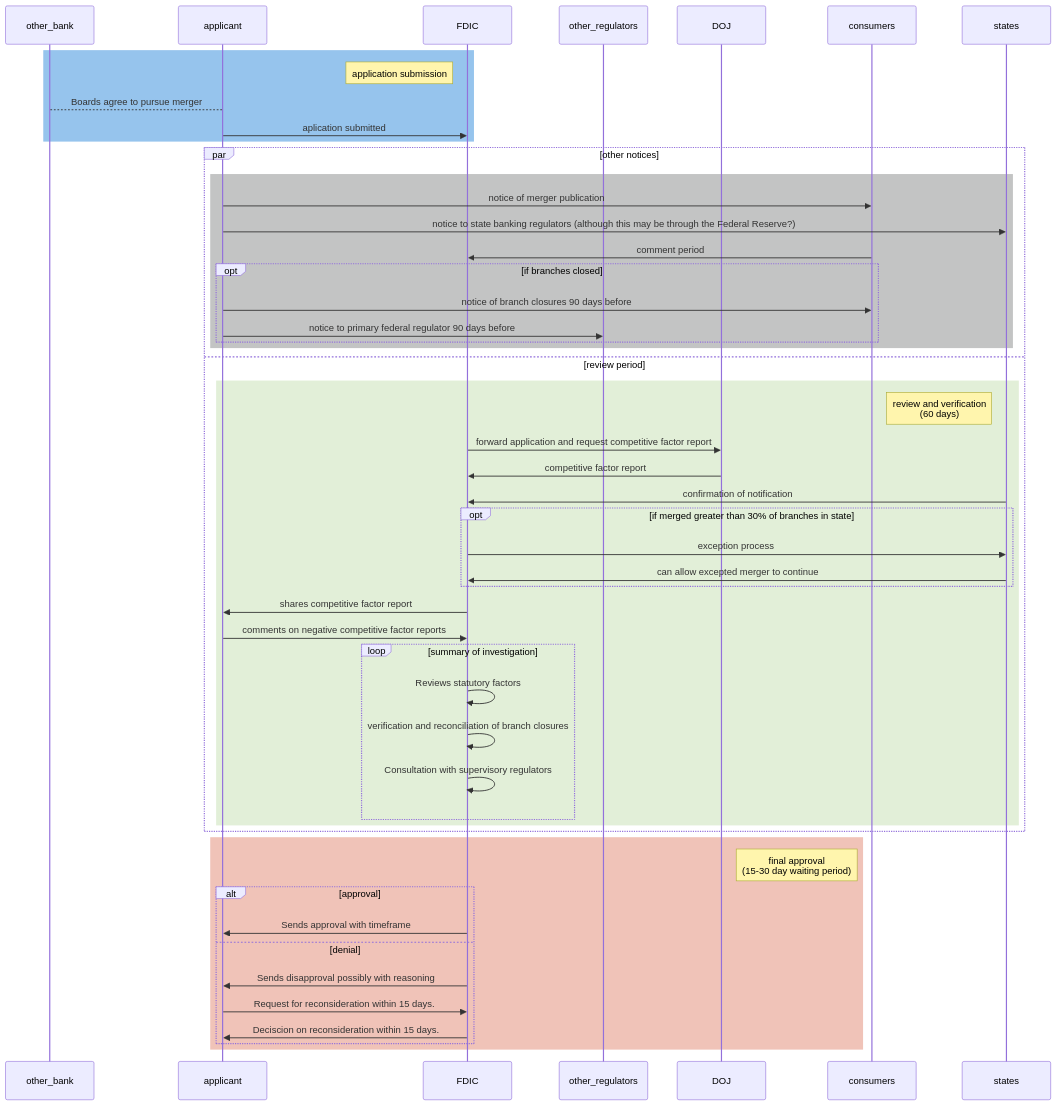
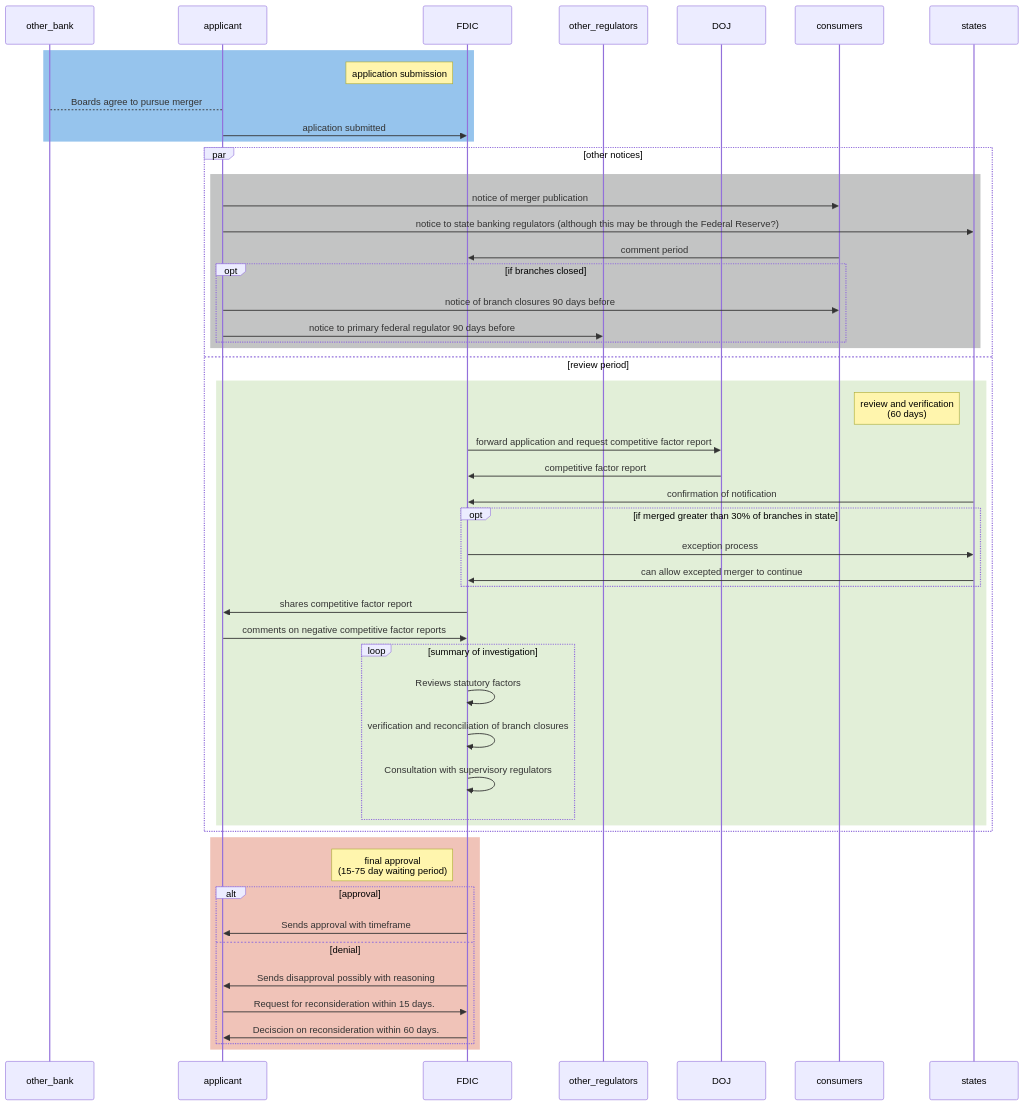
The diagram in diagram.qmd (lmkirvan/merger_diagram), drawn with Mermaid before and after one commit. The commit also changed 4 other files, not shown here.

````diff
--- a/diagram.qmd
+++ b/diagram.qmd
@@ -11,60 +11,60 @@
 ```{mermaid}
 
 sequenceDiagram
   participant other_bank
   participant applicant
   participant FDIC
   participant other_regulators
   participant DOJ
   participant consumers
 
   rect rgb(150, 196, 237)
   Note left of FDIC: application submission
   other_bank-->applicant: Boards agree to pursue merger
   applicant->>FDIC: aplication submitted
 
   end
   
   par other notices 
     rect rgb(195, 196, 196)
     applicant->>consumers: notice of merger publication
     applicant->>states: notice to state banking regulators (although this may be through the Federal Reserve?)
     consumers->>FDIC: comment period
     opt if branches closed 
       applicant->>consumers: notice of branch closures 90 days before
       applicant->>other_regulators: notice to primary federal regulator 90 days before
     end
     end
 
   and review period
     rect rgb(	226, 239, 216)
     Note right of consumers: review and verification <br> (60 days) 
     FDIC->>DOJ: forward application and request competitive factor report
     DOJ->>FDIC: competitive factor report 
     states->>FDIC: confirmation of notification
      opt if merged greater than 30% of branches in state
       FDIC->>states: exception process 
       states->>FDIC: can allow excepted merger to continue
     end
     FDIC->>applicant: shares competitive factor report
     applicant->>FDIC: comments on negative competitive factor reports 
   loop summary of investigation
    FDIC->>FDIC: Reviews statutory factors
    FDIC->>FDIC: verification and reconciliation of branch closures 
    FDIC->>FDIC: Consultation with supervisory regulators
    end
   end
   end
   
   rect rgb(240, 195, 184)
-    Note right of DOJ: final approval <br> (15-30 day waiting period)
+    Note left of FDIC: final approval <br> (15-75 day waiting period)
       alt approval
       FDIC->>applicant: Sends approval with timeframe
       else denial 
       FDIC->>applicant: Sends disapproval possibly with reasoning
       applicant->>FDIC: Request for reconsideration within 15 days.
-      FDIC->>applicant: Deciscion on reconsideration within 15 days.
+      FDIC->>applicant: Deciscion on reconsideration within 60 days.
       end
   end
     
 ```
````
